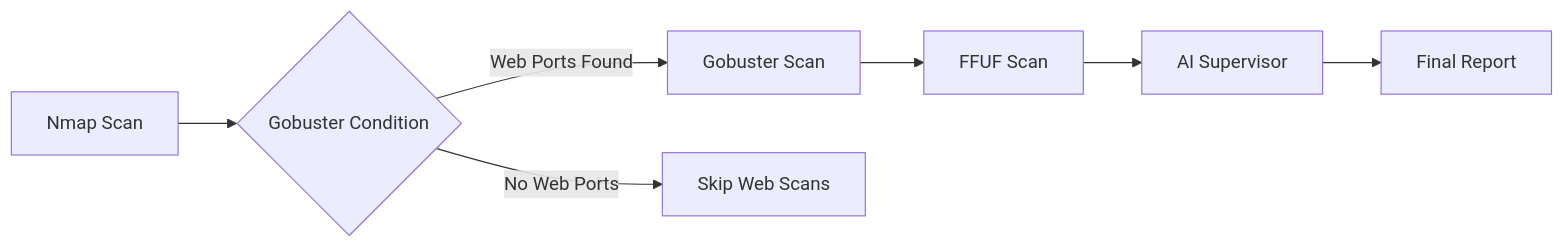
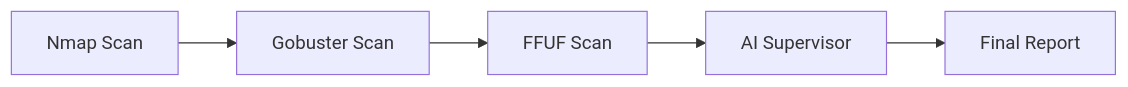
One commit to NitinReddy-A/HackOps_Recon changed the diagram in README.md. Above: the diagram before and after it, drawn with Mermaid.

````diff
--- a/README.md
+++ b/README.md
@@ -100,9 +100,7 @@
 ```mermaid
 graph LR
-    A[Nmap Scan] --> B{Gobuster Condition}
-    B -->|Web Ports Found| C[Gobuster Scan]
-    B -->|No Web Ports| D[Skip Web Scans]
-    C --> E[FFUF Scan]
-    E --> F[AI Supervisor]
-    F --> G[Final Report]
+    A[Nmap Scan] --> B[Gobuster Scan]
+    B -->C[FFUF Scan]
+    C --> D[AI Supervisor]
+    D --> E[Final Report]
 ```
````
